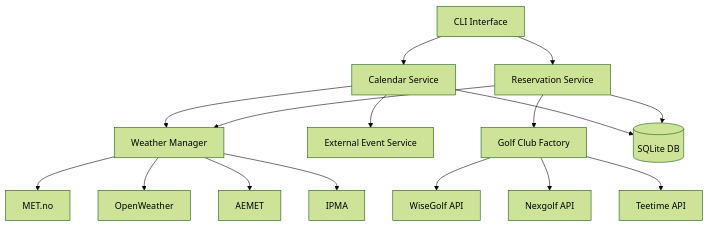
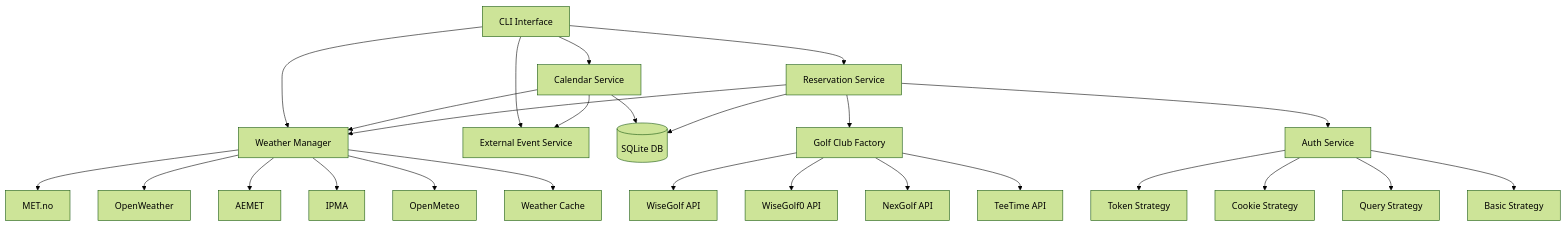
Before and after one commit to nasula/golfcal2: the first of 4 diagrams in docs/architecture/overview.md, drawn with Mermaid (forest theme). The commit also changed other lines of this file and 1 other file, not shown here.

````diff
--- a/docs/architecture/overview.md
+++ b/docs/architecture/overview.md
@@ -9,18 +9,33 @@
 ```mermaid
 graph TD
     CLI[CLI Interface] --> CS[Calendar Service]
     CLI --> RS[Reservation Service]
-    CS --> WM[Weather Manager]
-    CS --> EES[External Event Service]
+    CLI --> WM[Weather Manager]
+    CLI --> EES[External Event Service]
+    
+    CS --> WM
+    CS --> EES
+    CS --> DB[(SQLite DB)]
+    
     RS --> WM
     RS --> GCF[Golf Club Factory]
+    RS --> AS[Auth Service]
+    RS --> DB
+    
     GCF --> WG[WiseGolf API]
-    GCF --> NX[Nexgolf API]
-    GCF --> TG[Teetime API]
+    GCF --> WG0[WiseGolf0 API]
+    GCF --> NG[NexGolf API]
+    GCF --> TT[TeeTime API]
+    
     WM --> MET[MET.no]
     WM --> OW[OpenWeather]
     WM --> AE[AEMET]
     WM --> IP[IPMA]
-    CS --> DB[(SQLite DB)]
-    RS --> DB
+    WM --> OM[OpenMeteo]
+    WM --> Cache[Weather Cache]
+    
+    AS --> TS[Token Strategy]
+    AS --> CS2[Cookie Strategy]
+    AS --> QS[Query Strategy]
+    AS --> BS[Basic Strategy]
 ```
````
